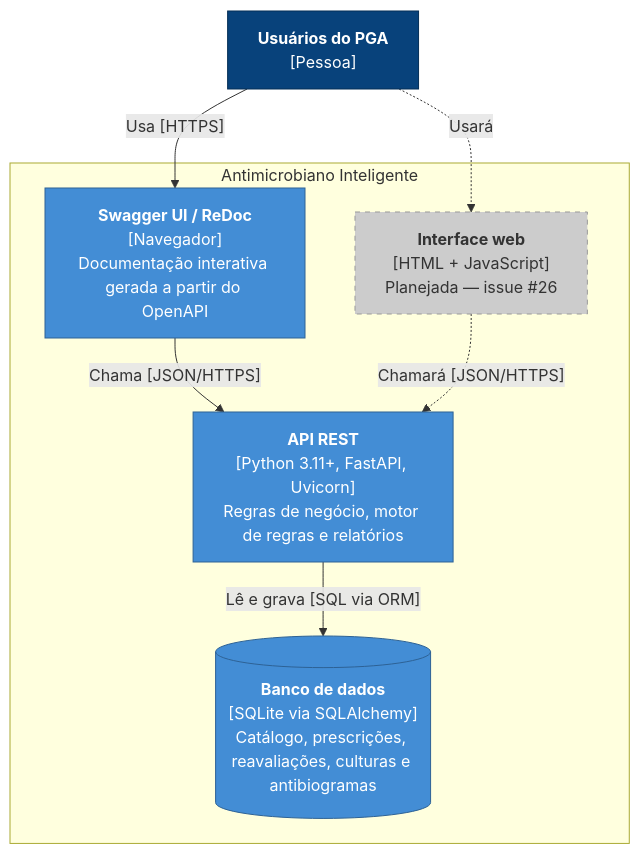
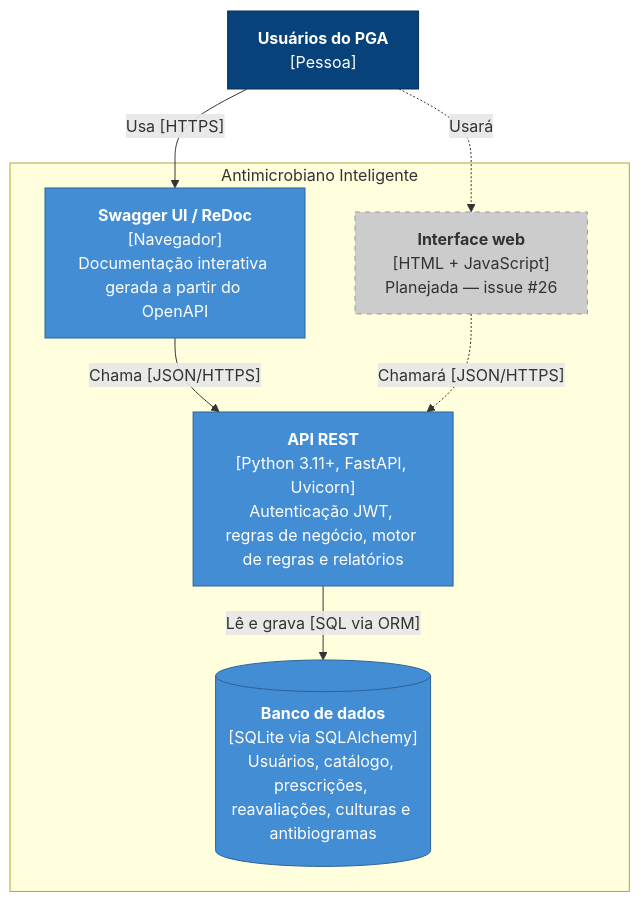
Before and after one commit to Antonio-avsp/Projeto_Antimicrobiano_Inteligente: the second of 4 diagrams in docs/arquitetura.md, drawn with Mermaid. The commit also changed other lines of this file and 5 other files, not shown here.

````diff
--- a/docs/arquitetura.md
+++ b/docs/arquitetura.md
@@ -34,26 +34,26 @@
 ```mermaid
 flowchart TB
     usuario["<b>Usuários do PGA</b><br/>[Pessoa]"]
 
     subgraph fronteira["Antimicrobiano Inteligente"]
         swagger["<b>Swagger UI / ReDoc</b><br/>[Navegador]<br/>Documentação interativa gerada a partir do OpenAPI"]
-        api["<b>API REST</b><br/>[Python 3.11+, FastAPI, Uvicorn]<br/>Regras de negócio, motor de regras e relatórios"]
-        db[("<b>Banco de dados</b><br/>[SQLite via SQLAlchemy]<br/>Catálogo, prescrições, reavaliações, culturas e antibiogramas")]
+        api["<b>API REST</b><br/>[Python 3.11+, FastAPI, Uvicorn]<br/>Autenticação JWT, regras de negócio, motor de regras e relatórios"]
+        db[("<b>Banco de dados</b><br/>[SQLite via SQLAlchemy]<br/>Usuários, catálogo, prescrições, reavaliações, culturas e antibiogramas")]
         web["<b>Interface web</b><br/>[HTML + JavaScript]<br/>Planejada — issue #26"]
     end
 
     usuario -- "Usa [HTTPS]" --> swagger
     usuario -. "Usará" .-> web
     swagger -- "Chama [JSON/HTTPS]" --> api
     web -. "Chamará [JSON/HTTPS]" .-> api
     api -- "Lê e grava [SQL via ORM]" --> db
 
     classDef pessoa fill:#08427b,stroke:#052e56,color:#fff
     classDef container fill:#438dd5,stroke:#2e6295,color:#fff
     classDef banco fill:#438dd5,stroke:#2e6295,color:#fff
     classDef futuro fill:#cccccc,stroke:#999999,color:#333,stroke-dasharray: 5 5
     class usuario pessoa
     class swagger,api container
     class db banco
     class web futuro
 ```
````
